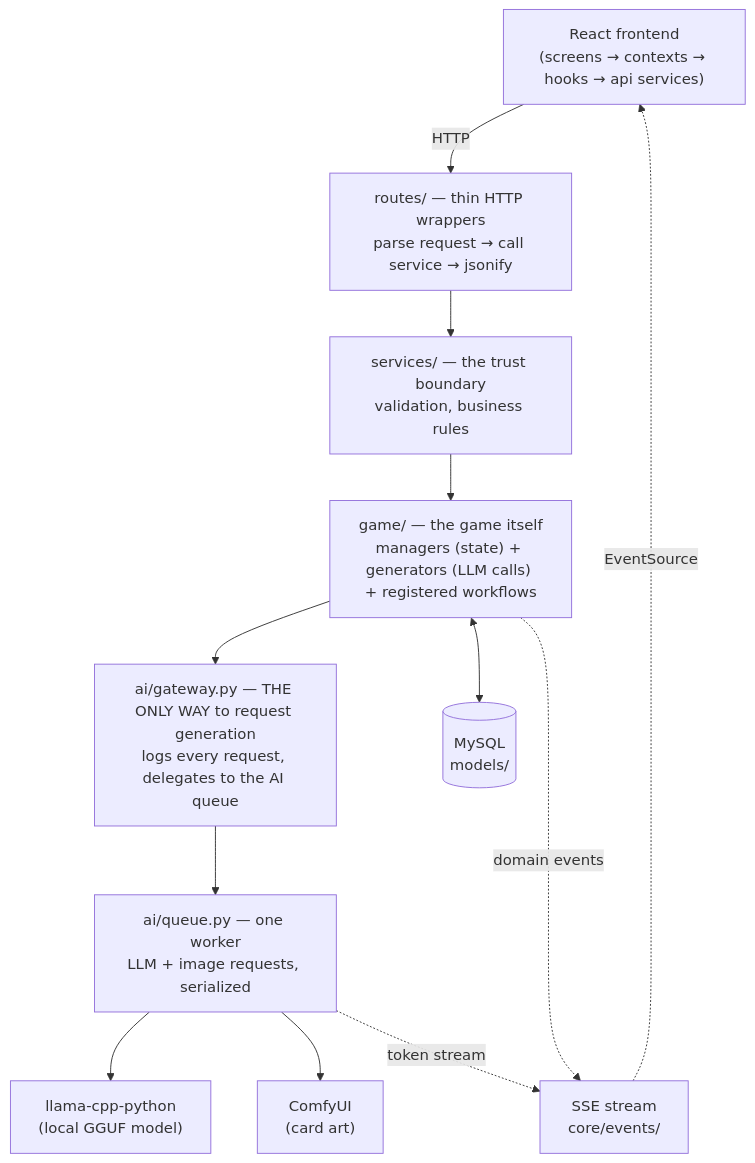
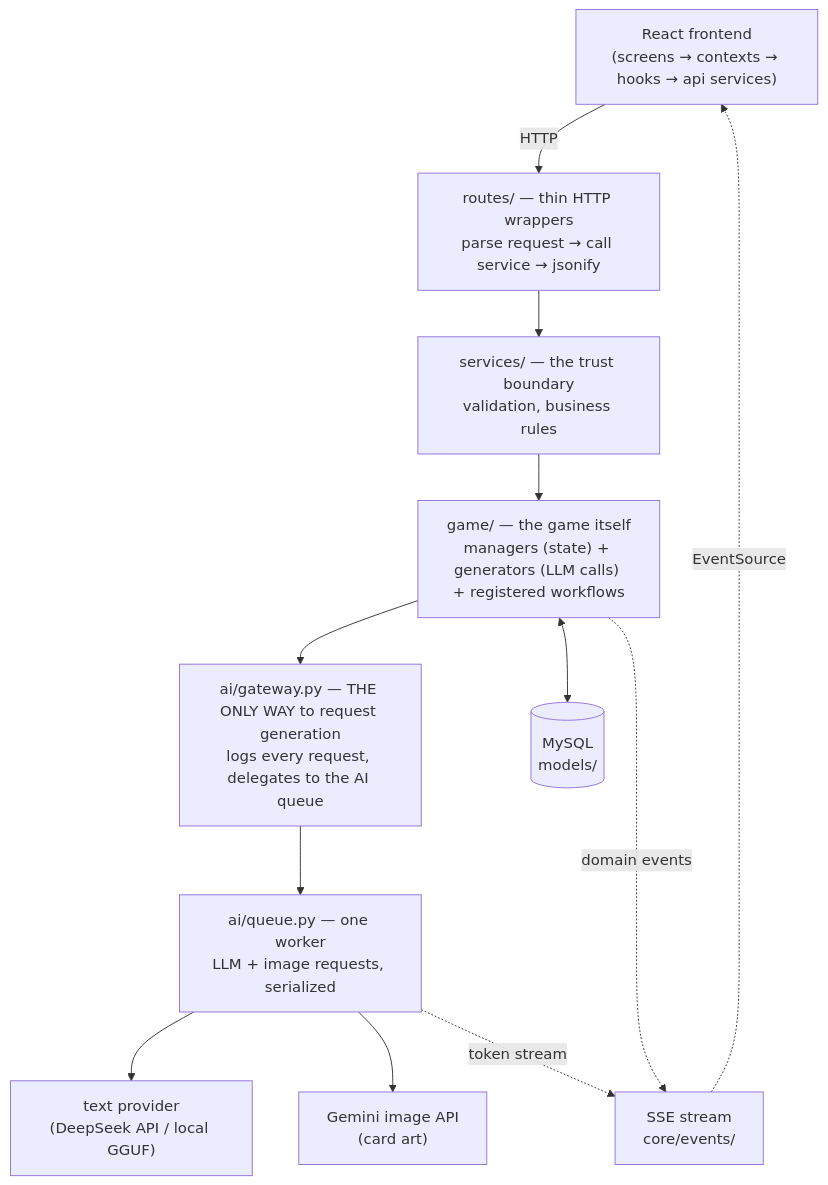
Before and after one commit to Bloodtailor/LlmMonsterHunter: the first of 2 diagrams in docs/architecture.md, drawn with Mermaid. The commit also changed other lines of this file and 34 other files, not shown here.

First line of the commit message:
Cgn-M2 Gemini image provider: the seam swap, ComfyUI removed

````diff
--- a/docs/architecture.md
+++ b/docs/architecture.md
@@ -15,21 +15,21 @@
 ```mermaid
 flowchart TD
     FE["React frontend<br/>(screens → contexts → hooks → api services)"]
     R["routes/ — thin HTTP wrappers<br/>parse request → call service → jsonify"]
     S["services/ — the trust boundary<br/>validation, business rules"]
     G["game/ — the game itself<br/>managers (state) + generators (LLM calls) + registered workflows"]
     AI["ai/gateway.py — THE ONLY WAY to request generation<br/>logs every request, delegates to the AI queue"]
     Q2["ai/queue.py — one worker<br/>LLM + image requests, serialized"]
-    LLM["llama-cpp-python<br/>(local GGUF model)"]
-    CUI["ComfyUI<br/>(card art)"]
+    LLM["text provider<br/>(DeepSeek API / local GGUF)"]
+    CUI["Gemini image API<br/>(card art)"]
     DB[("MySQL<br/>models/")]
     SSE["SSE stream<br/>core/events/"]
 
     FE -->|HTTP| R --> S --> G --> AI --> Q2
     Q2 --> LLM
     Q2 --> CUI
     G <--> DB
     G -.->|domain events| SSE
     Q2 -.->|token stream| SSE
     SSE -.->|EventSource| FE
 ```
````
